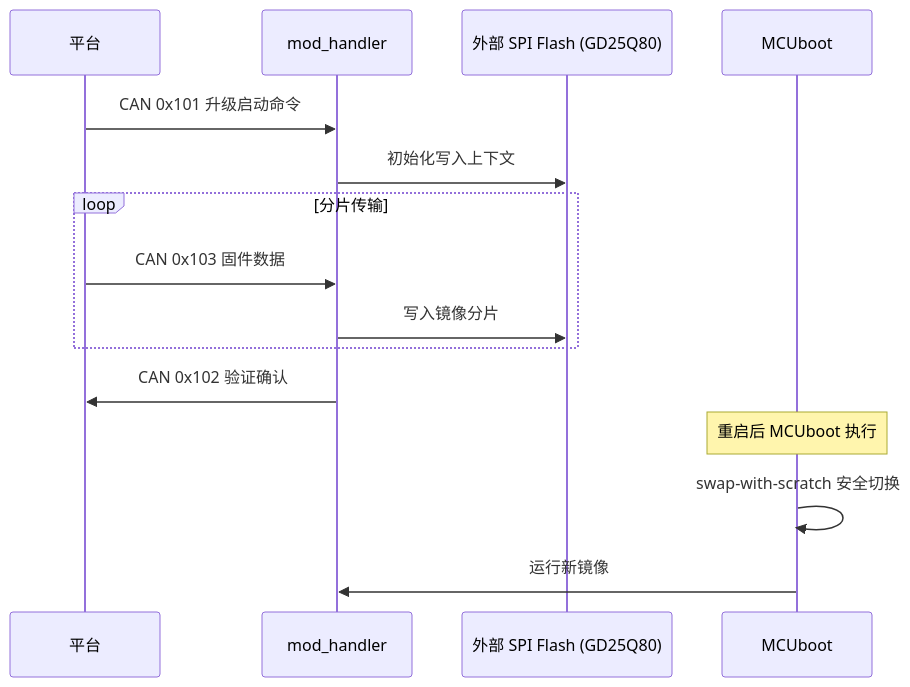
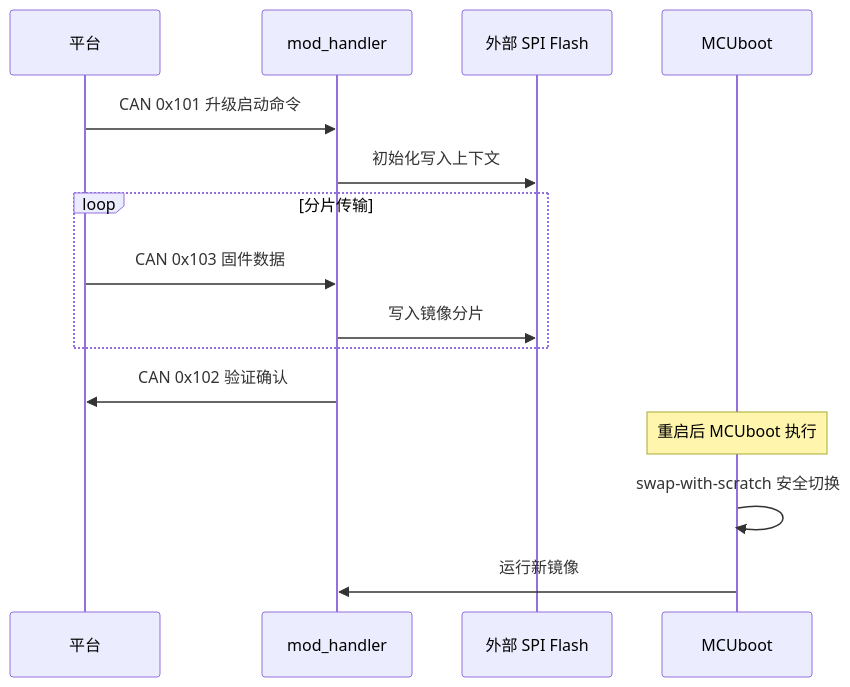
The third of 6 diagrams in docs/architecture.md (kabirz/zephyr_app), drawn with Mermaid before and after one commit. The commit also changed other lines of this file and 4 other files, not shown here.

First line of the commit message:
docs: fix mermaid rendering by localizing mermaid.js

````diff
--- a/docs/architecture.md
+++ b/docs/architecture.md
@@ -64,18 +64,18 @@
 ```mermaid
 sequenceDiagram
     participant P as 平台
     participant M as mod_handler
-    participant F as 外部 SPI Flash (GD25Q80)
+    participant F as 外部 SPI Flash
     participant B as MCUboot
 
     P->>M: CAN 0x101 升级启动命令
     M->>F: 初始化写入上下文
     loop 分片传输
         P->>M: CAN 0x103 固件数据
         M->>F: 写入镜像分片
     end
     M->>P: CAN 0x102 验证确认
     Note over B: 重启后 MCUboot 执行
     B->>B: swap-with-scratch 安全切换
     B->>M: 运行新镜像
 ```
````
